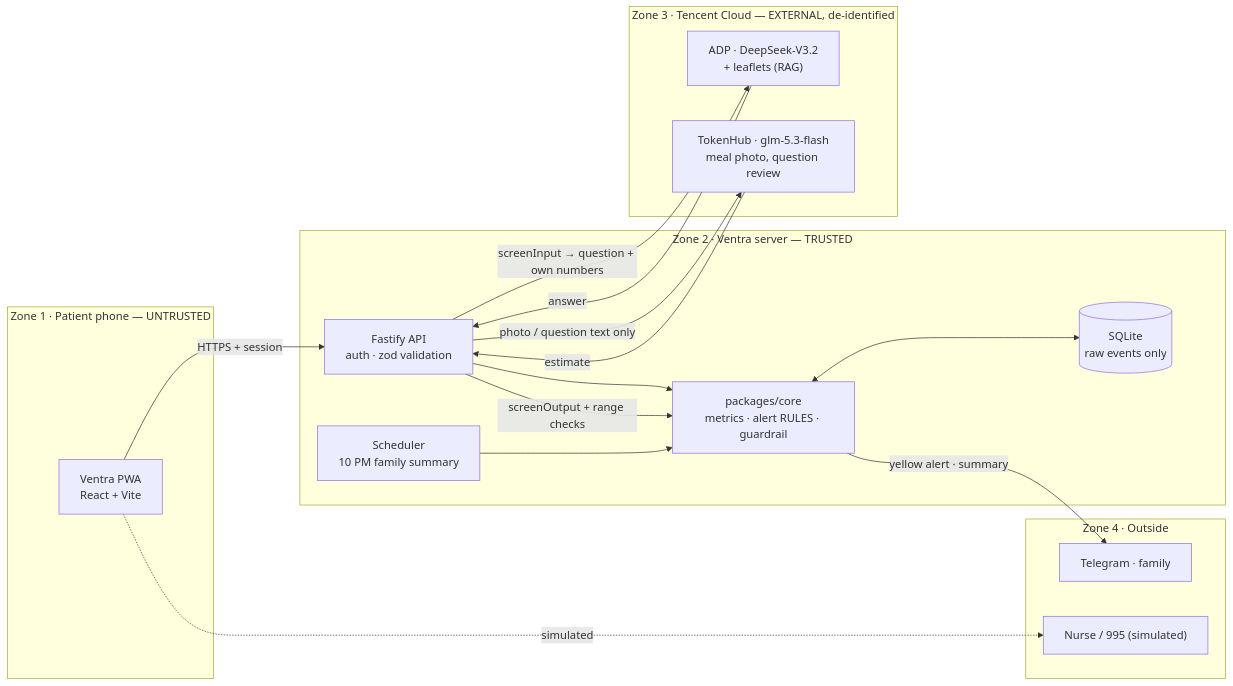
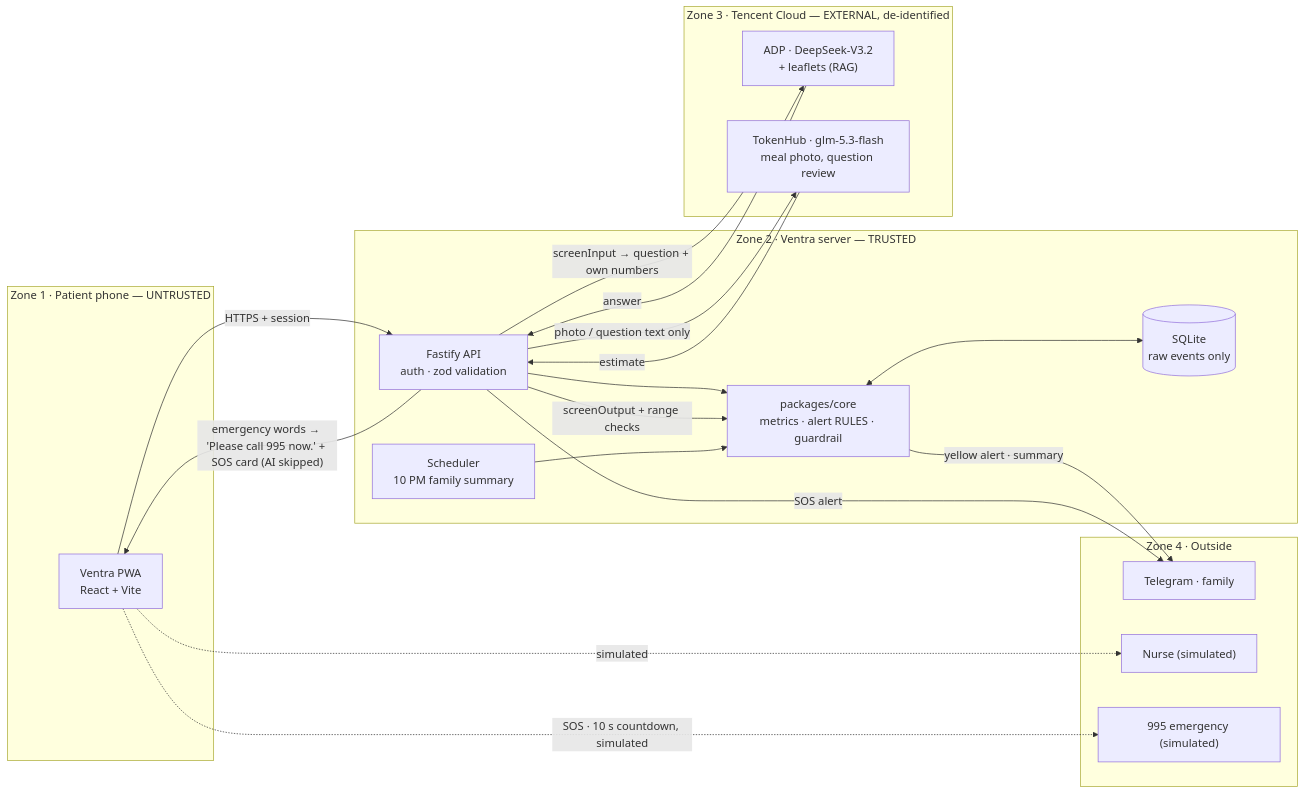
Before and after one commit to TeyYongZhun/ventra-hackathon: the diagram in README.md, drawn with Mermaid. The commit also changed other lines of this file and 1 other file, not shown here.

````diff
--- a/README.md
+++ b/README.md
@@ -146,31 +147,35 @@
 ```mermaid
 flowchart LR
   subgraph Z1["Zone 1 · Patient phone — UNTRUSTED"]
     PWA["Ventra PWA<br/>React + Vite"]
   end
   subgraph Z2["Zone 2 · Ventra server — TRUSTED"]
     API["Fastify API<br/>auth · zod validation"]
     CORE["packages/core<br/>metrics · alert RULES · guardrail"]
     DB[("SQLite<br/>raw events only")]
     JOBS["Scheduler<br/>10 PM family summary"]
   end
   subgraph Z3["Zone 3 · Tencent Cloud — EXTERNAL, de-identified"]
     ADP["ADP · DeepSeek-V3.2<br/>+ leaflets (RAG)"]
     TH["TokenHub · glm-5.3-flash<br/>meal photo, question review"]
   end
   subgraph Z4["Zone 4 · Outside"]
     TG["Telegram · family"]
-    SIM["Nurse / 995 (simulated)"]
+    NURSE["Nurse (simulated)"]
+    E995["995 emergency (simulated)"]
   end
   PWA -->|HTTPS + session| API
   API --> CORE
   CORE <--> DB
+  API -->|"emergency words → 'Please call 995 now.' + SOS card (AI skipped)"| PWA
   API -->|"screenInput → question + own numbers"| ADP
   API -->|"photo / question text only"| TH
   ADP -->|answer| API
   TH -->|estimate| API
   API -->|"screenOutput + range checks"| CORE
   JOBS --> CORE
   CORE -->|"yellow alert · summary"| TG
-  PWA -.->|simulated| SIM
+  PWA -.->|simulated| NURSE
+  PWA -.->|"SOS · 10 s countdown, simulated"| E995
+  API -->|"SOS alert"| TG
 ```
````
